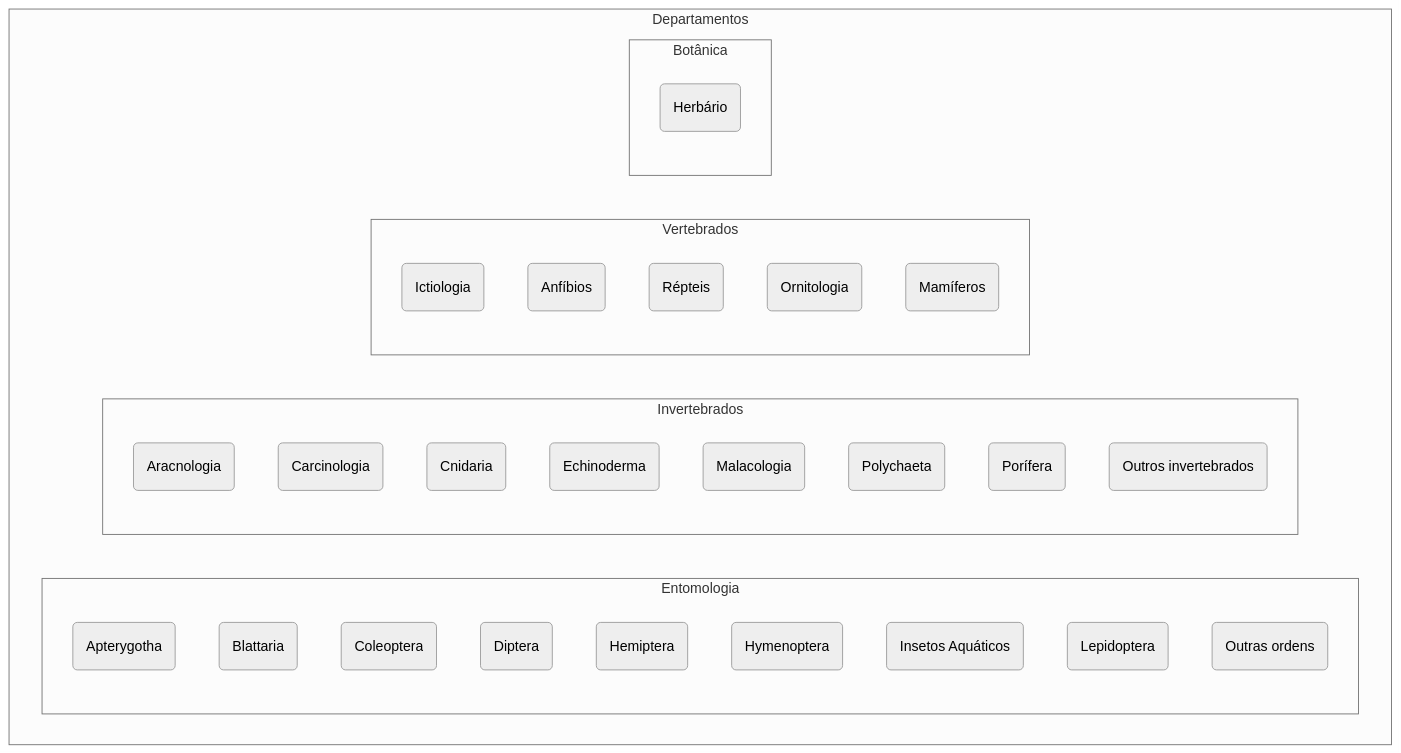
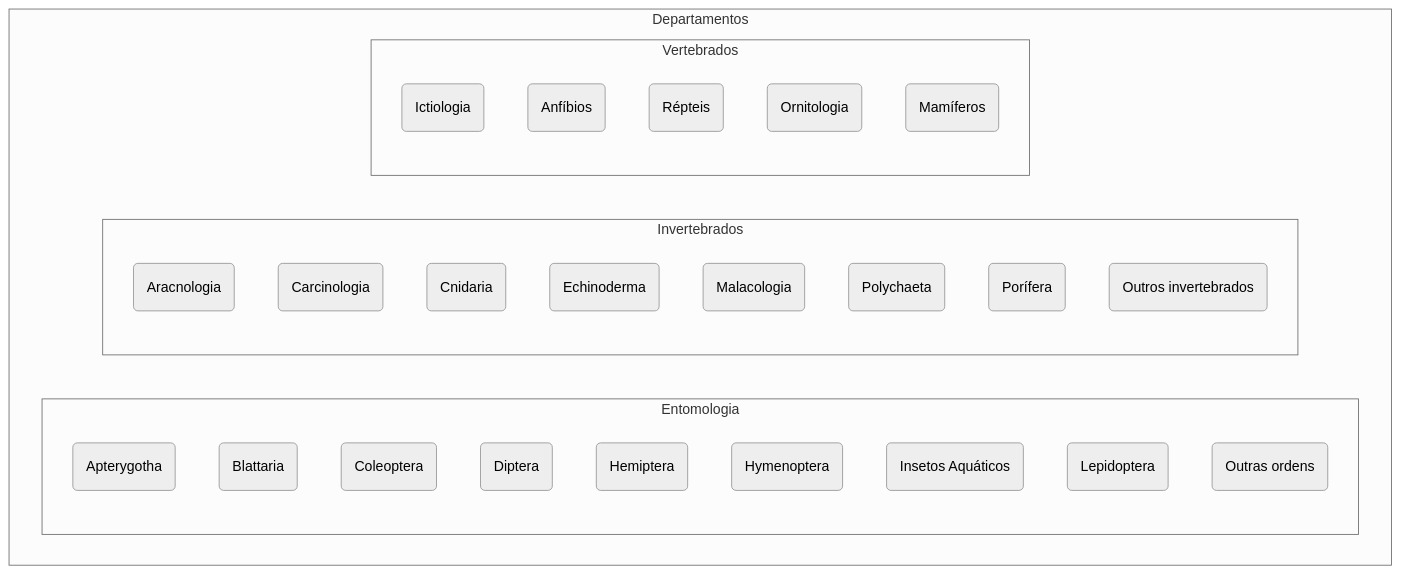
The diagram in organizacaoInstitucional/museuNacional/README.md (MuseuNacional/SpecifyBR), drawn with Mermaid (neutral theme) before and after one commit.

````diff
--- a/organizacaoInstitucional/museuNacional/README.md
+++ b/organizacaoInstitucional/museuNacional/README.md
@@ -4,38 +4,35 @@
 ```mermaid
 flowchart TB
   subgraph Departamentos
       direction RL    
       subgraph Entomologia
         c1(Apterygotha)
         c2(Blattaria)
         c3(Coleoptera)
         c4(Diptera)
         c6(Hemiptera)
         c7(Hymenoptera)
         c8(Insetos Aquáticos)
         c9(Lepidoptera)
         c10(Outras ordens)
       end
       subgraph Invertebrados
         c11(Aracnologia)
         c12(Carcinologia)
         c13(Cnidaria)
         c14(Echinoderma)
         c15(Malacologia)
         c16(Polychaeta)
         c17(Porífera)
         c18(Outros invertebrados)
       end
       subgraph Vertebrados
         c19(Ictiologia)
         c20(Anfíbios)
         c21(Répteis)
         c22(Ornitologia)
         c24(Mamíferos)
       end
-      subgraph Botânica
-        c25(Herbário)
-      end
   end
 
 ```
````
